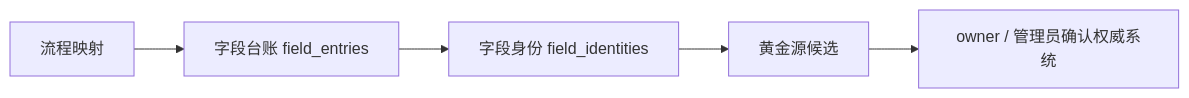
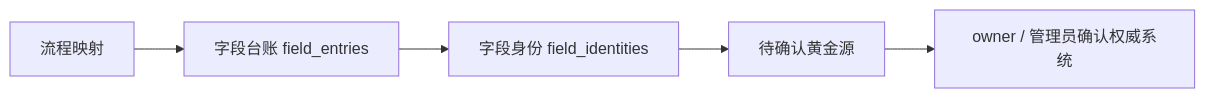
The eighth of 15 diagrams in docs/reports/2026-06-10-infomat-systematic-review.md (Harbinian/Infomat), drawn with Mermaid before and after one commit. The commit also changed other lines of this file and 190 other files, not shown here.

````diff
--- a/docs/reports/2026-06-10-infomat-systematic-review.md
+++ b/docs/reports/2026-06-10-infomat-systematic-review.md
@@ -302,7 +302,7 @@
 ```mermaid
 flowchart LR
   A["流程映射"] --> B["字段台账 field_entries"]
   B --> C["字段身份 field_identities"]
-  C --> D["黄金源候选"]
+  C --> D["待确认黄金源"]
   D --> E["owner / 管理员确认权威系统"]
 ```
````
